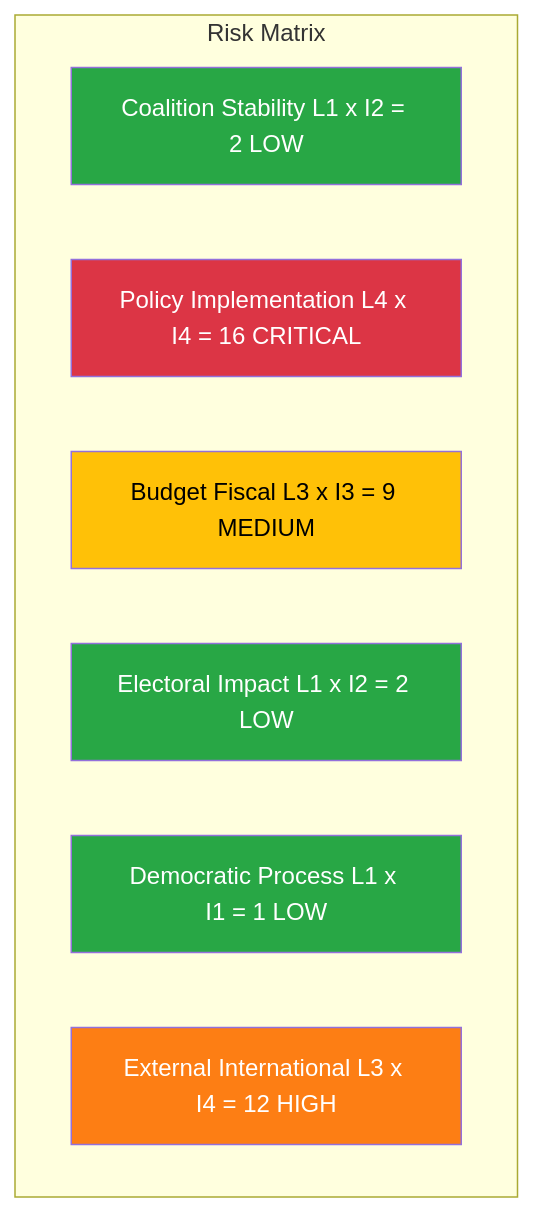
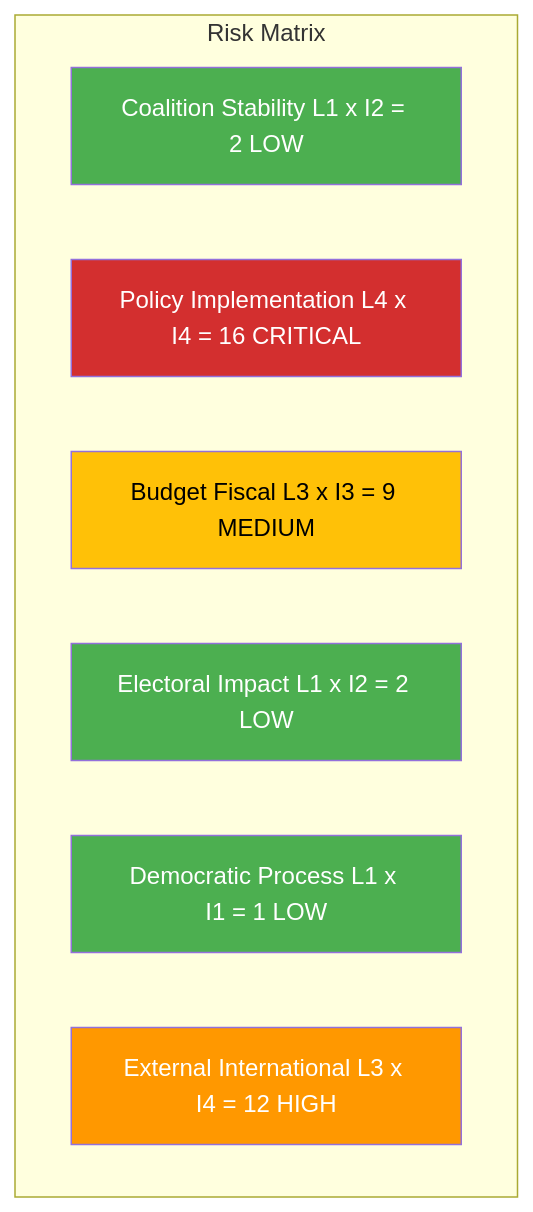
One commit to Hack23/riksdagsmonitor changed the second of 2 diagrams in analysis/daily/2026-04-09/realtime-1029/documents/hd01fou8-analysis.md. Above: the diagram before and after it, drawn with Mermaid. The commit also changed other lines of this file and 785 other files, not shown here.

First line of the commit message:
Normalize mermaid colors across 786 analysis artifacts to ISMS Style Guide palette

````diff
--- a/analysis/daily/2026-04-09/realtime-1029/documents/hd01fou8-analysis.md
+++ b/analysis/daily/2026-04-09/realtime-1029/documents/hd01fou8-analysis.md
@@ -73,17 +73,17 @@
 ```mermaid
 graph TD
     subgraph Risk Matrix
         R1[Coalition Stability L1 x I2 = 2 LOW]
         R2[Policy Implementation L4 x I4 = 16 CRITICAL]
         R3[Budget Fiscal L3 x I3 = 9 MEDIUM]
         R4[Electoral Impact L1 x I2 = 2 LOW]
         R5[Democratic Process L1 x I1 = 1 LOW]
         R6[External International L3 x I4 = 12 HIGH]
     end
-    style R1 fill:#28a745,color:#ffffff
-    style R2 fill:#dc3545,color:#ffffff
-    style R3 fill:#ffc107,color:#000000
-    style R4 fill:#28a745,color:#ffffff
-    style R5 fill:#28a745,color:#ffffff
-    style R6 fill:#fd7e14,color:#ffffff
+    style R1 fill:#4CAF50,color:#FFFFFF
+    style R2 fill:#D32F2F,color:#FFFFFF
+    style R3 fill:#FFC107,color:#000000
+    style R4 fill:#4CAF50,color:#FFFFFF
+    style R5 fill:#4CAF50,color:#FFFFFF
+    style R6 fill:#FF9800,color:#FFFFFF
 ```
````
